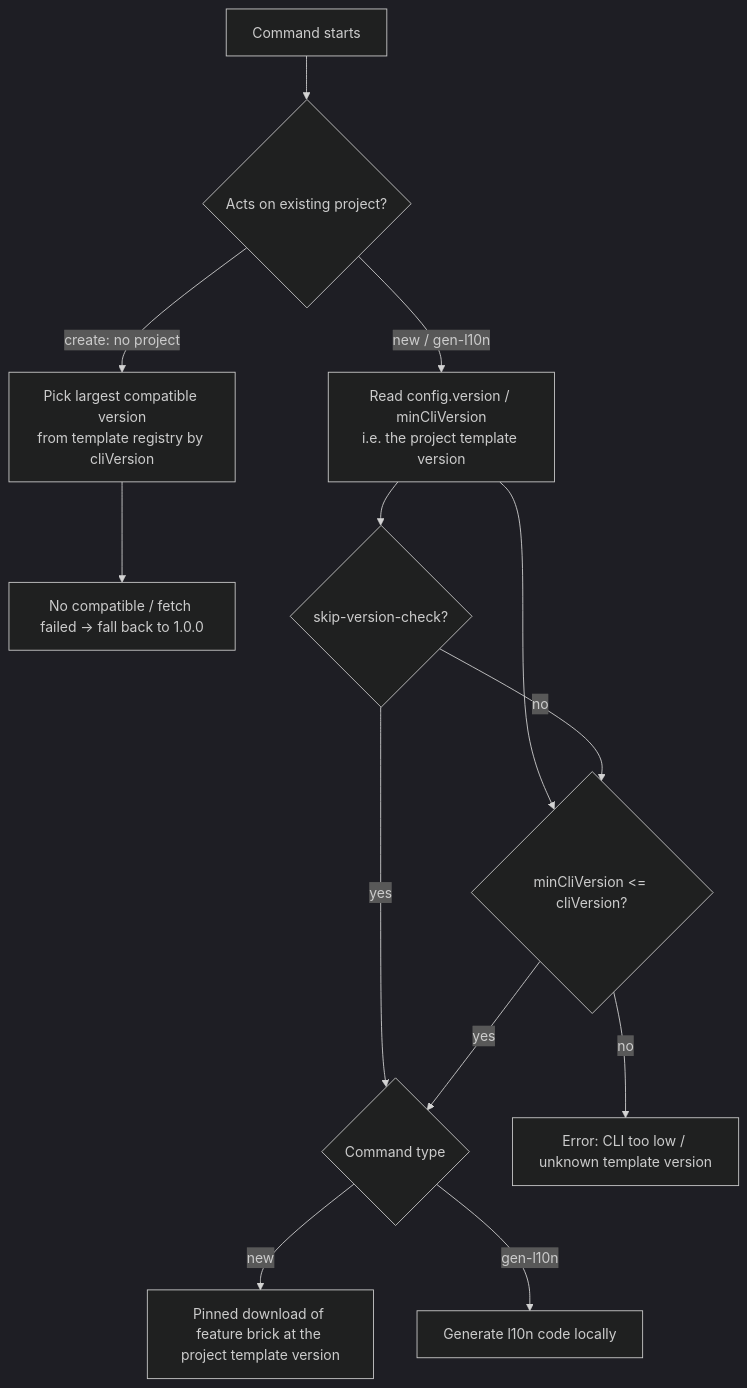
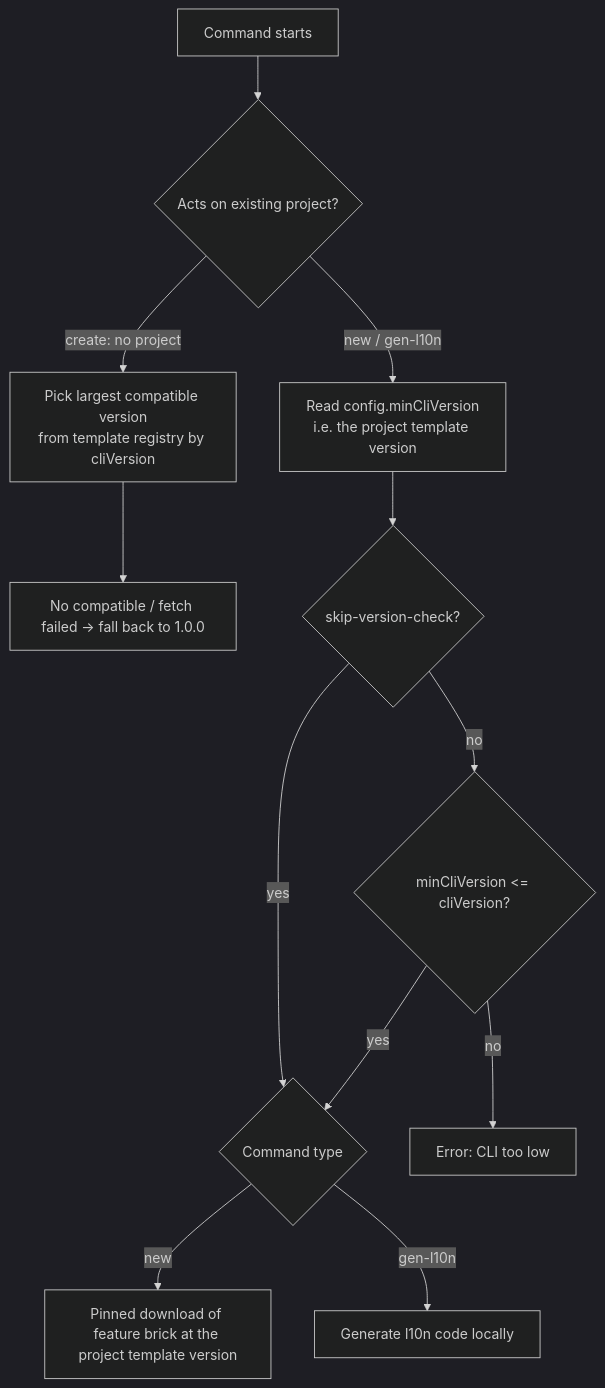
Before and after one commit to Dboy233/flutter_zero_doc: the diagram in docs/en/versioning-rules.md, drawn with Mermaid (dark theme). The commit also changed other lines of this file and 25 other files, not shown here.

````diff
--- a/docs/en/versioning-rules.md
+++ b/docs/en/versioning-rules.md
@@ -101,16 +99,15 @@
 ```mermaid
 flowchart TD
     A[Command starts] --> B{Acts on existing project?}
     B -- create: no project --> C[Pick largest compatible version<br/>from template registry by cliVersion]
     C --> C1[No compatible / fetch failed → fall back to 1.0.0]
-    B -- new / gen-l10n --> D[Read config.version / minCliVersion<br/>i.e. the project template version]
+    B -- new / gen-l10n --> D[Read config.minCliVersion<br/>i.e. the project template version]
     D --> E{skip-version-check?}
     E -- yes --> G
-    D --> F{minCliVersion <= cliVersion?}
-    F -- no --> X[Error: CLI too low / unknown template version]
+    E -- no --> F{minCliVersion <= cliVersion?}
+    F -- no --> X[Error: CLI too low]
     F -- yes --> G
-    E -- no --> F
     G{Command type}
     G -- new --> H[Pinned download of feature brick at the project template version]
     G -- gen-l10n --> I[Generate l10n code locally]
 ```
````
